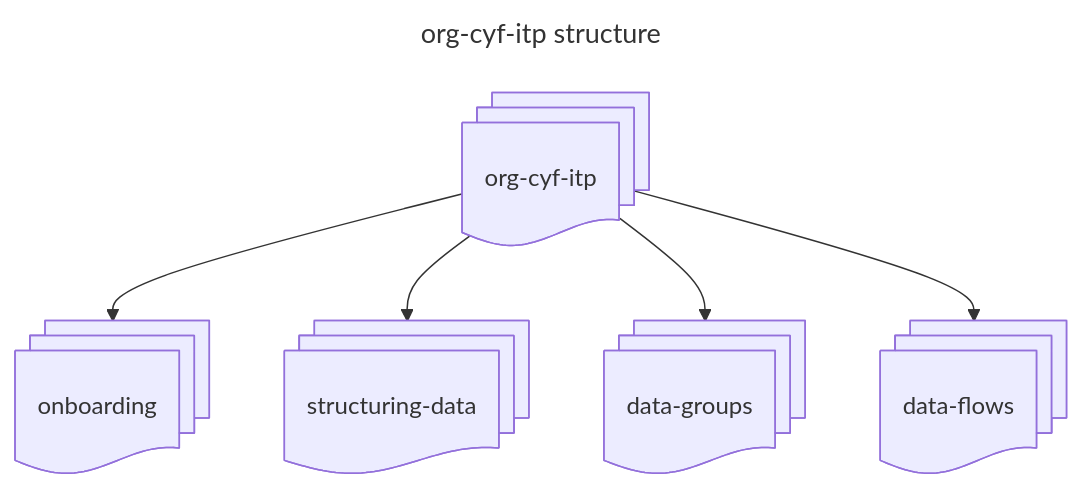
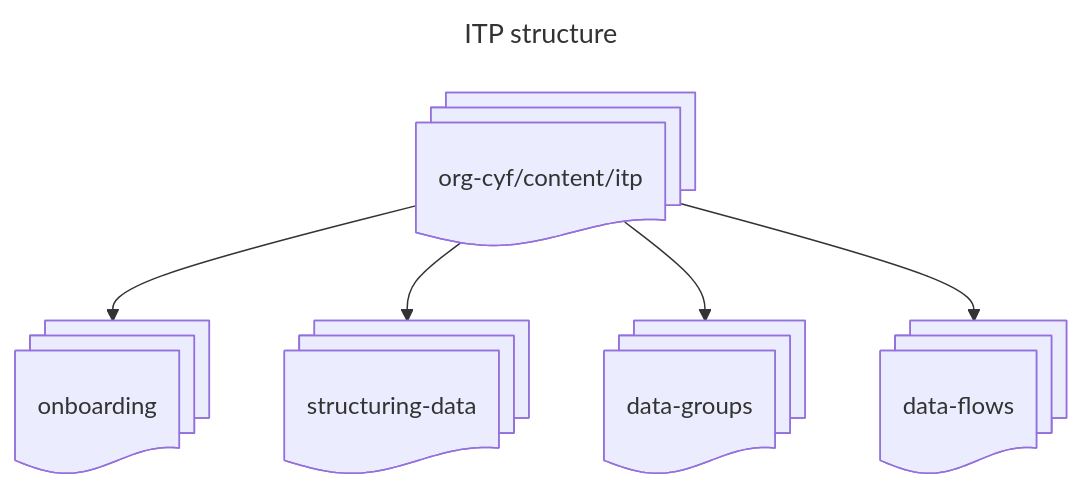
Before and after one commit to CodeYourFuture/curriculum: the first of 4 diagrams in org-cyf-guides/content/contributing/adding-updating/index.md, drawn with Mermaid. The commit also changed other lines of this file and 2 other files, not shown here.

Commit message:
Update contributing guides

````diff
--- a/org-cyf-guides/content/contributing/adding-updating/index.md
+++ b/org-cyf-guides/content/contributing/adding-updating/index.md
@@ -17,10 +17,10 @@
 ```mermaid
 ---
-title: org-cyf-itp structure
+title: ITP structure
 ---
 flowchart TD
-    itp@{ shape: docs, label: org-cyf-itp } --> onboarding@{ shape: docs, label: onboarding }
+    itp@{ shape: docs, label: org-cyf/content/itp } --> onboarding@{ shape: docs, label: onboarding }
     itp --> structuringData@{ shape: docs, label: structuring-data }
     itp --> dataGroups@{ shape: docs, label: data-groups }
     itp --> dataFlows@{ shape: docs, label: data-flows }
 ```
````
